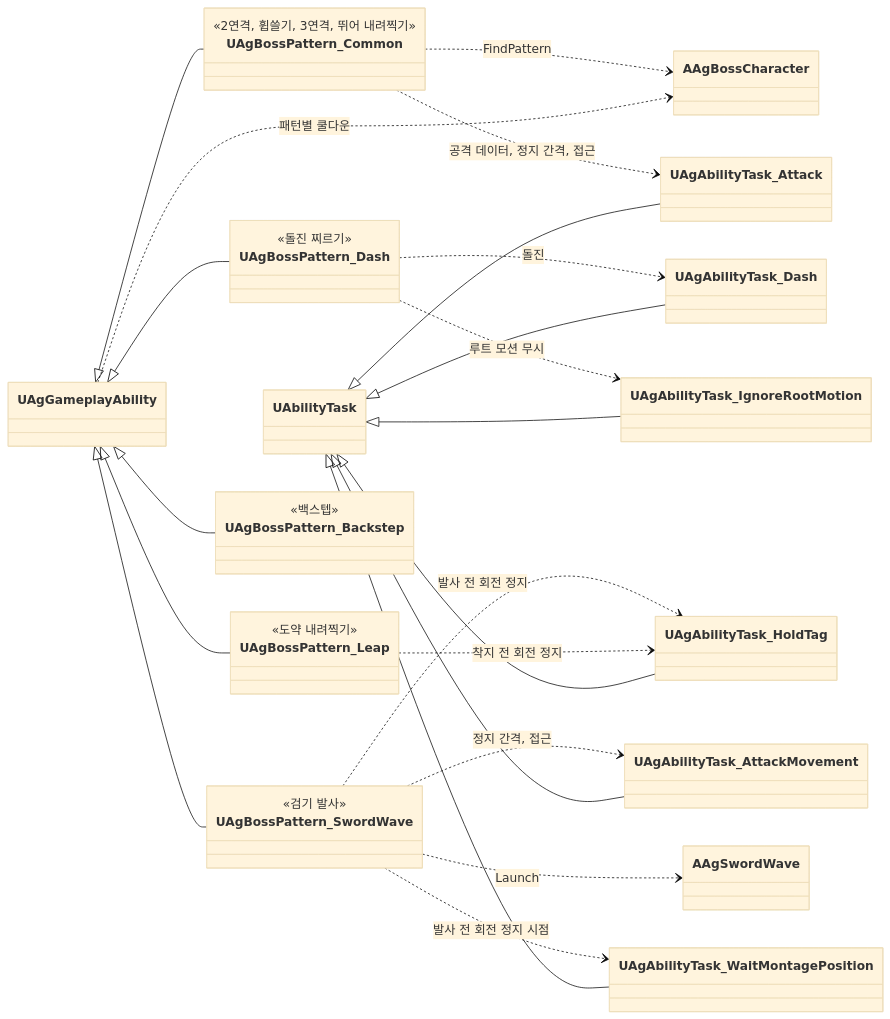
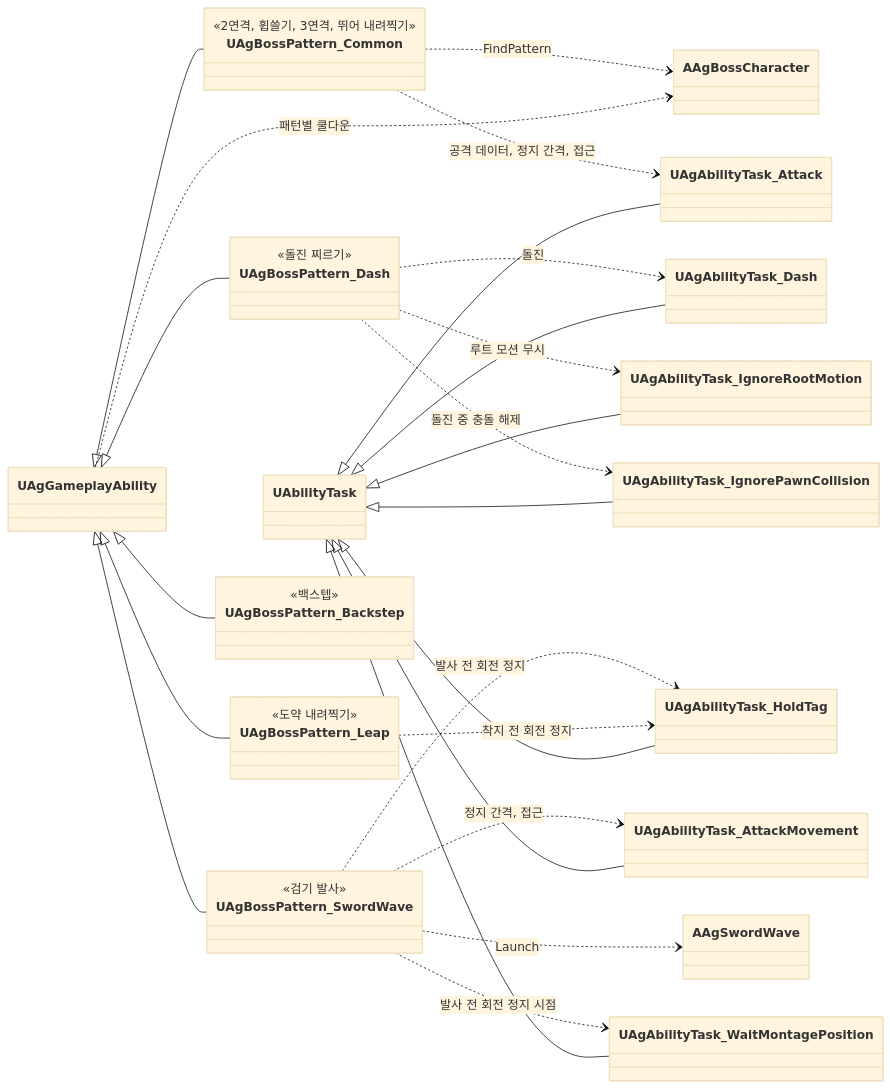
Before and after one commit to Woogl/Ag: the eighth of 21 diagrams in Docs/Program/클래스 구조도.md, drawn with Mermaid (base theme). The commit also changed other lines of this file and 11 other files, not shown here.

````diff
--- a/Docs/Program/클래스 구조도.md
+++ b/Docs/Program/클래스 구조도.md
@@ -323,41 +327,43 @@
 ```mermaid
 classDiagram
     direction LR
     class UAgBossPattern_Common {
         <<2연격, 휩쓸기, 3연격, 뛰어 내려찍기>>
     }
     class UAgBossPattern_Dash {
         <<돌진 찌르기>>
     }
     class UAgBossPattern_Leap {
         <<도약 내려찍기>>
     }
     class UAgBossPattern_SwordWave {
         <<검기 발사>>
     }
     class UAgBossPattern_Backstep {
         <<백스텝>>
     }
     UAgGameplayAbility <|-- UAgBossPattern_Common
     UAgGameplayAbility <|-- UAgBossPattern_Dash
     UAgGameplayAbility <|-- UAgBossPattern_Leap
     UAgGameplayAbility <|-- UAgBossPattern_SwordWave
     UAgGameplayAbility <|-- UAgBossPattern_Backstep
 
     UAgBossPattern_Common ..> AAgBossCharacter : FindPattern
     UAgBossPattern_Common ..> UAgAbilityTask_Attack : 공격 데이터, 정지 간격, 접근
     UAgBossPattern_SwordWave ..> UAgAbilityTask_AttackMovement : 정지 간격, 접근
     UAgBossPattern_Dash ..> UAgAbilityTask_Dash : 돌진
     UAgBossPattern_Dash ..> UAgAbilityTask_IgnoreRootMotion : 루트 모션 무시
+    UAgBossPattern_Dash ..> UAgAbilityTask_IgnorePawnCollision : 돌진 중 충돌 해제
     UAgBossPattern_SwordWave ..> AAgSwordWave : Launch
     UAgBossPattern_SwordWave ..> UAgAbilityTask_WaitMontagePosition : 발사 전 회전 정지 시점
     UAgBossPattern_SwordWave ..> UAgAbilityTask_HoldTag : 발사 전 회전 정지
     UAgBossPattern_Leap ..> UAgAbilityTask_HoldTag : 착지 전 회전 정지
     UAgGameplayAbility ..> AAgBossCharacter : 패턴별 쿨다운
     UAbilityTask <|-- UAgAbilityTask_Attack
     UAbilityTask <|-- UAgAbilityTask_Dash
     UAbilityTask <|-- UAgAbilityTask_IgnoreRootMotion
+    UAbilityTask <|-- UAgAbilityTask_IgnorePawnCollision
     UAbilityTask <|-- UAgAbilityTask_AttackMovement
     UAbilityTask <|-- UAgAbilityTask_WaitMontagePosition
     UAbilityTask <|-- UAgAbilityTask_HoldTag
 ```
````
